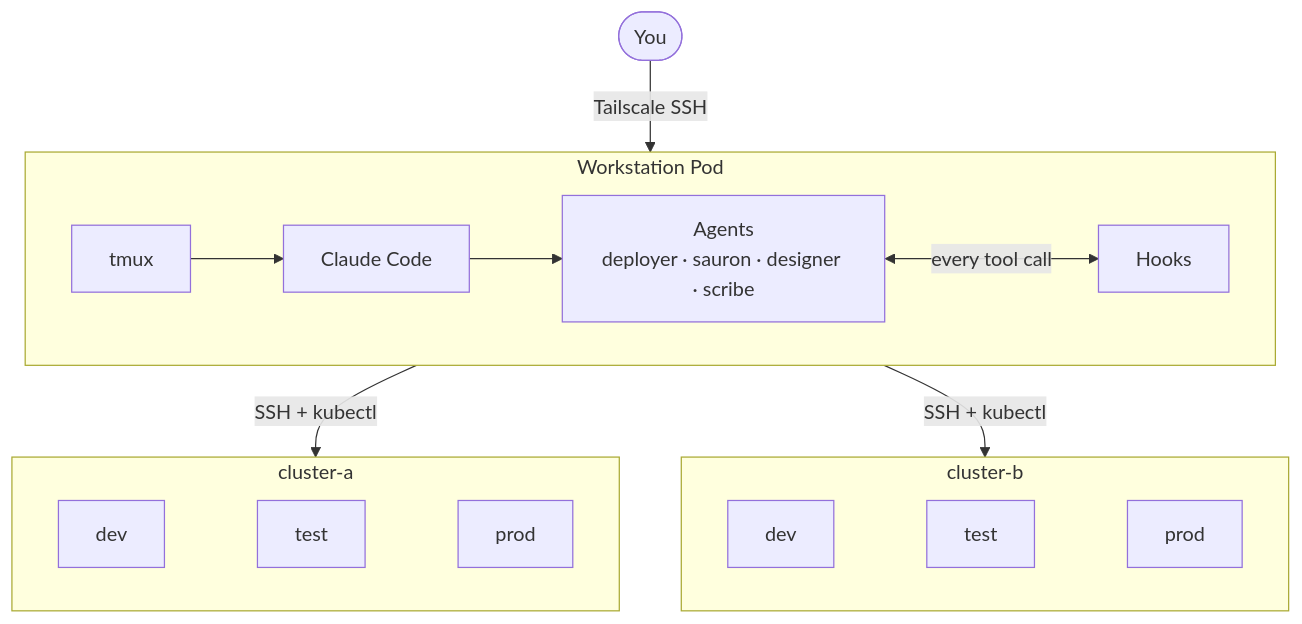
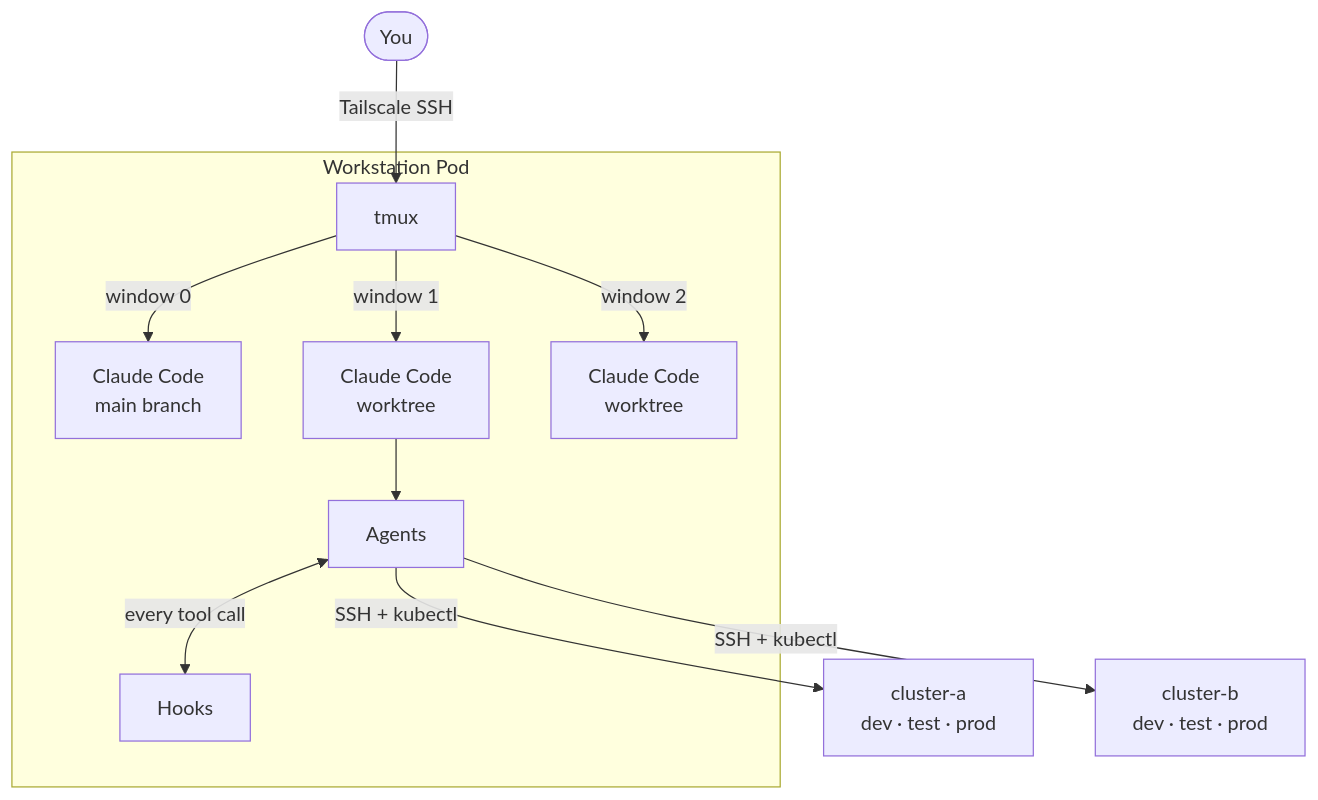
The first of 5 diagrams in docs/infrastructure.md (Kord96/kordinate), drawn with Mermaid before and after one commit. The commit also changed other lines of this file and 19 other files, not shown here.

First line of the commit message:
docs: human-first pattern rewrites, source map page, fix infra diagrams [scribe]

````diff
--- a/docs/infrastructure.md
+++ b/docs/infrastructure.md
@@ -9,21 +9,15 @@
 ```mermaid
 flowchart TB
-    U([You]) -->|Tailscale SSH| WP
+    U([You]) -->|Tailscale SSH| T
 
     subgraph WP[Workstation Pod]
-        T[tmux] --> CC[Claude Code]
-        CC --> AG[Agents<br/>deployer · sauron · designer · scribe]
+        T[tmux] -->|window 0| CC0[Claude Code<br/>main branch]
+        T -->|window 1| CC1[Claude Code<br/>worktree]
+        T -->|window 2| CC2[Claude Code<br/>worktree]
+        CC1 --> AG[Agents]
         AG <-->|every tool call| HK[Hooks]
     end
 
-    WP -->|SSH + kubectl| C1
-    WP -->|SSH + kubectl| C2
-
-    subgraph C1[cluster-a]
-        D1[dev] ~~~ T1[test] ~~~ P1[prod]
-    end
-
-    subgraph C2[cluster-b]
-        D2[dev] ~~~ T2[test] ~~~ P2[prod]
-    end
+    AG -->|SSH + kubectl| C1[cluster-a<br/>dev · test · prod]
+    AG -->|SSH + kubectl| C2[cluster-b<br/>dev · test · prod]
 ```
````
